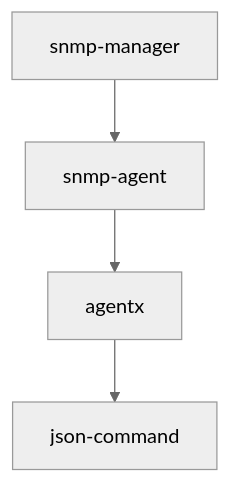
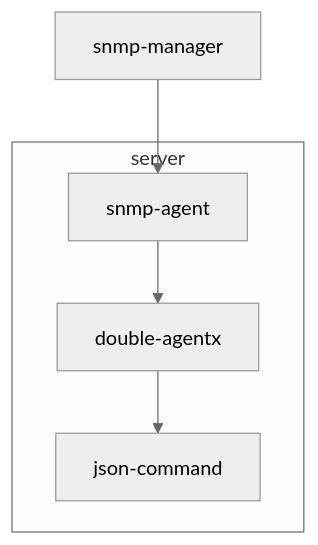
Before and after one commit to openbrian/double-agentx: the diagram in README.md, drawn with Mermaid (neutral theme).

Commit message:
subgraph

````diff
--- a/README.md
+++ b/README.md
@@ -24,6 +24,12 @@
 ```mermaid
 graph TD;
+    subgraph server
+        snmp-agent
+        double-agentx
+        json-command
+        snmp-agent --> double-agentx
+        double-agentx --> json-command
+    end
+
     snmp-manager --> snmp-agent
-    snmp-agent --> agentx
-    agentx --> json-command
 ```
````
